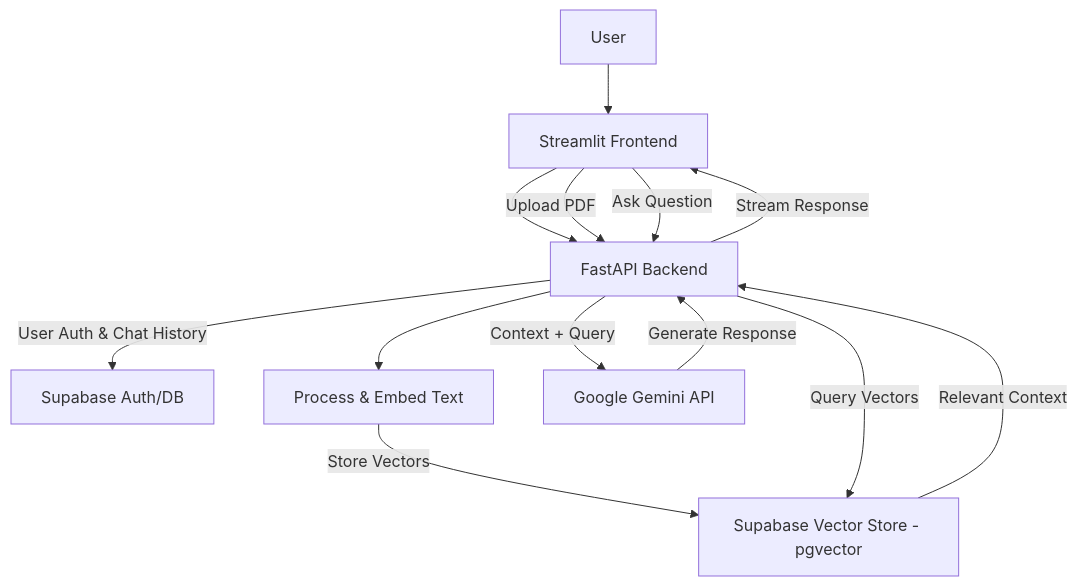
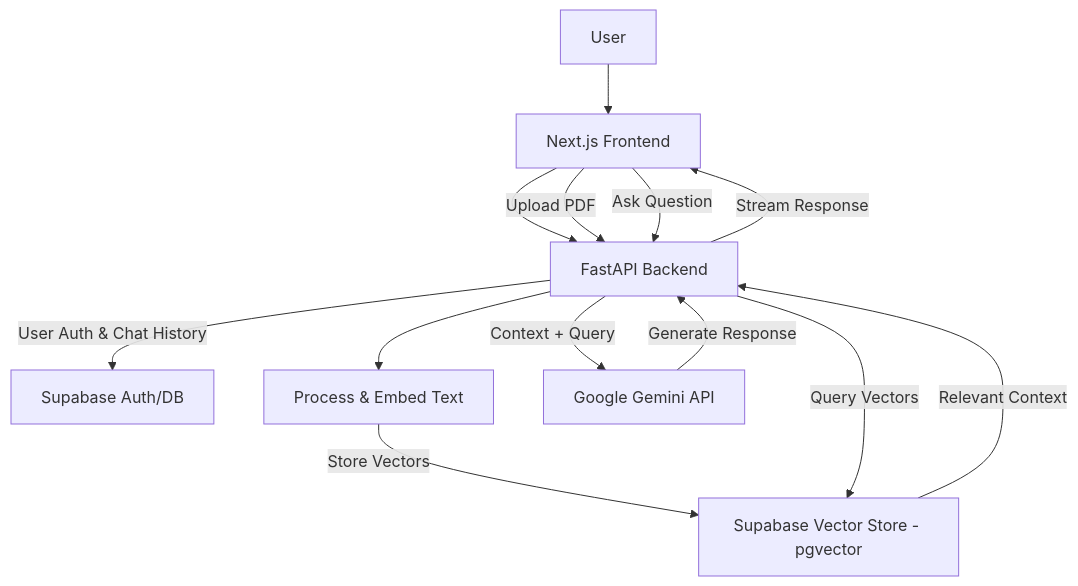
Before and after one commit to zeesshhh0/pdf_rag: the diagram in README.md, drawn with Mermaid.

````diff
--- a/README.md
+++ b/README.md
@@ -44,26 +44,26 @@
 ```mermaid
 graph TD
-    A[User] --> B[Streamlit Frontend]
+    A[User] --> B[Next.js Frontend]
     B --> C[FastAPI Backend]
 
     %% Authentication & History
     C -->|User Auth & Chat History| D[Supabase Auth/DB]
 
     %% PDF Upload & Embedding
     B -->|Upload PDF| C
     C --> E[Process & Embed Text]
     E -->|Store Vectors| F["Supabase Vector Store - pgvector"]
 
     %% Question Asking
     B -->|Ask Question| C
     C -->|Query Vectors| F
     F -->|Relevant Context| C
 
     %% LLM API Call
     C -->|Context + Query| H[Google Gemini API]
     H -->|Generate Response| C
 
     %% Response back to UI
     C -->|Stream Response| B
 
 ```
````
